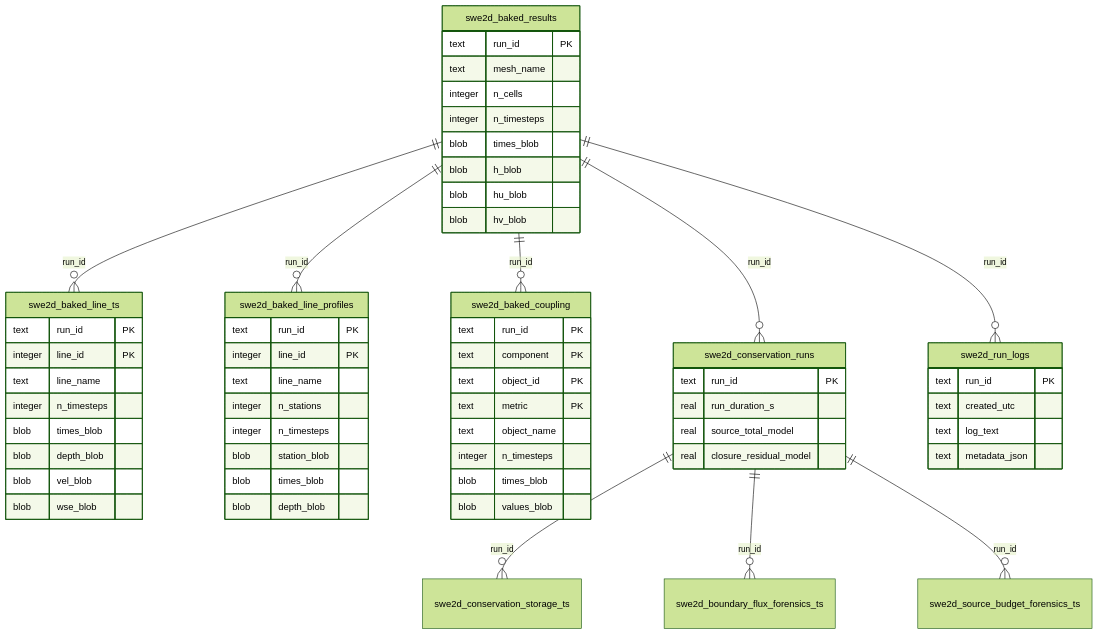
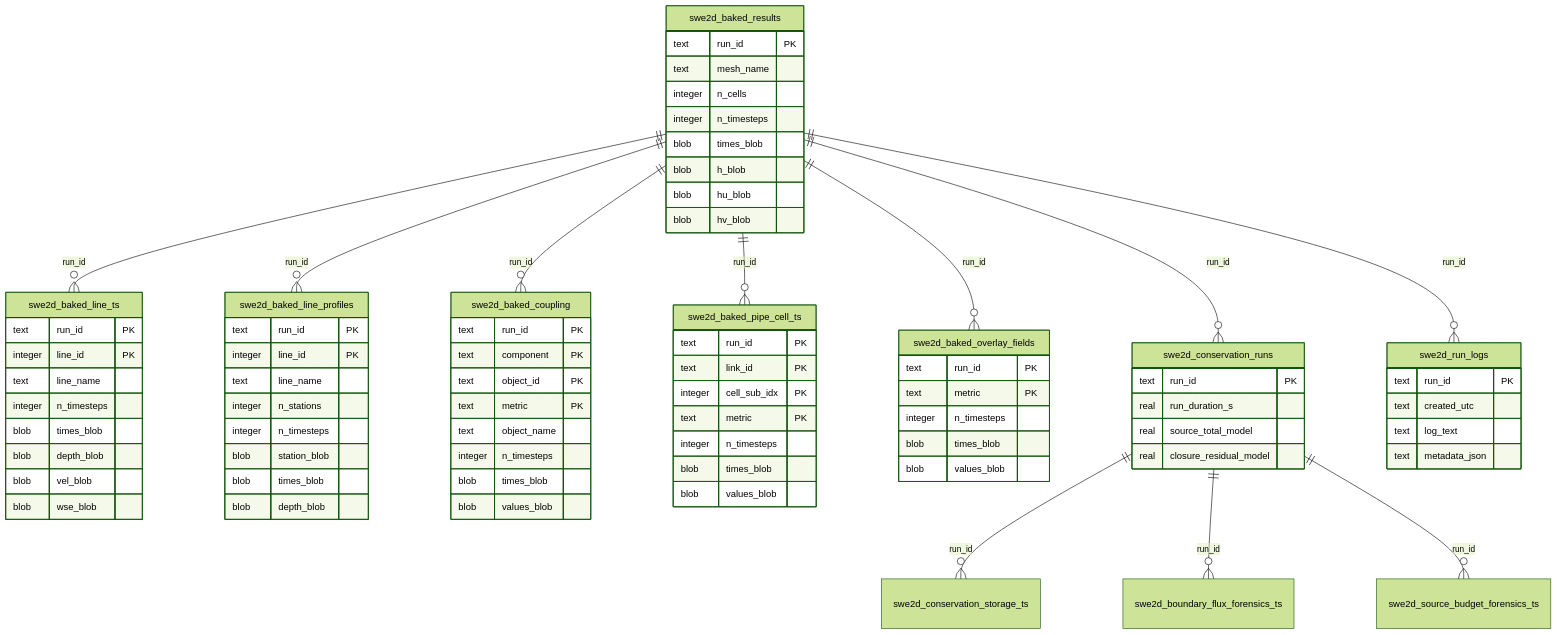
Before and after one commit to aspragueumkc/hydra2dgpu: the diagram in docs/RESULTS_GEOPACKAGE_SCHEMA.md, drawn with Mermaid (forest theme). The commit also changed other lines of this file and 68 other files, not shown here.

````diff
--- a/docs/RESULTS_GEOPACKAGE_SCHEMA.md
+++ b/docs/RESULTS_GEOPACKAGE_SCHEMA.md
@@ -205,64 +252,82 @@
 ```mermaid
 erDiagram
     swe2d_baked_results ||--o{ swe2d_baked_line_ts : "run_id"
     swe2d_baked_results ||--o{ swe2d_baked_line_profiles : "run_id"
     swe2d_baked_results ||--o{ swe2d_baked_coupling : "run_id"
+    swe2d_baked_results ||--o{ swe2d_baked_pipe_cell_ts : "run_id"
+    swe2d_baked_results ||--o{ swe2d_baked_overlay_fields : "run_id"
     swe2d_baked_results ||--o{ swe2d_conservation_runs : "run_id"
     swe2d_baked_results ||--o{ swe2d_run_logs : "run_id"
     swe2d_conservation_runs ||--o{ swe2d_conservation_storage_ts : run_id
     swe2d_conservation_runs ||--o{ swe2d_boundary_flux_forensics_ts : run_id
     swe2d_conservation_runs ||--o{ swe2d_source_budget_forensics_ts : run_id
 
     swe2d_baked_results {
         text run_id PK
         text mesh_name
         integer n_cells
         integer n_timesteps
         blob times_blob
         blob h_blob
         blob hu_blob
         blob hv_blob
     }
     swe2d_baked_line_ts {
         text run_id PK
         integer line_id PK
         text line_name
         integer n_timesteps
         blob times_blob
         blob depth_blob
         blob vel_blob
         blob wse_blob
     }
     swe2d_baked_line_profiles {
         text run_id PK
         integer line_id PK
         text line_name
         integer n_stations
         integer n_timesteps
         blob station_blob
         blob times_blob
         blob depth_blob
     }
     swe2d_baked_coupling {
         text run_id PK
         text component PK
         text object_id PK
         text metric PK
         text object_name
         integer n_timesteps
         blob times_blob
         blob values_blob
     }
+    swe2d_baked_pipe_cell_ts {
+        text run_id PK
+        text link_id PK
+        integer cell_sub_idx PK
+        text metric PK
+        integer n_timesteps
+        blob times_blob
+        blob values_blob
+    }
+    swe2d_baked_overlay_fields {
+        text run_id PK
+        text metric PK
+        integer n_timesteps
+        blob times_blob
+        blob values_blob
+    }
     swe2d_run_logs {
         text run_id PK
         text created_utc
         text log_text
         text metadata_json
     }
     swe2d_conservation_runs {
         text run_id PK
         real run_duration_s
         real source_total_model
         real closure_residual_model
     }
 ```
````
